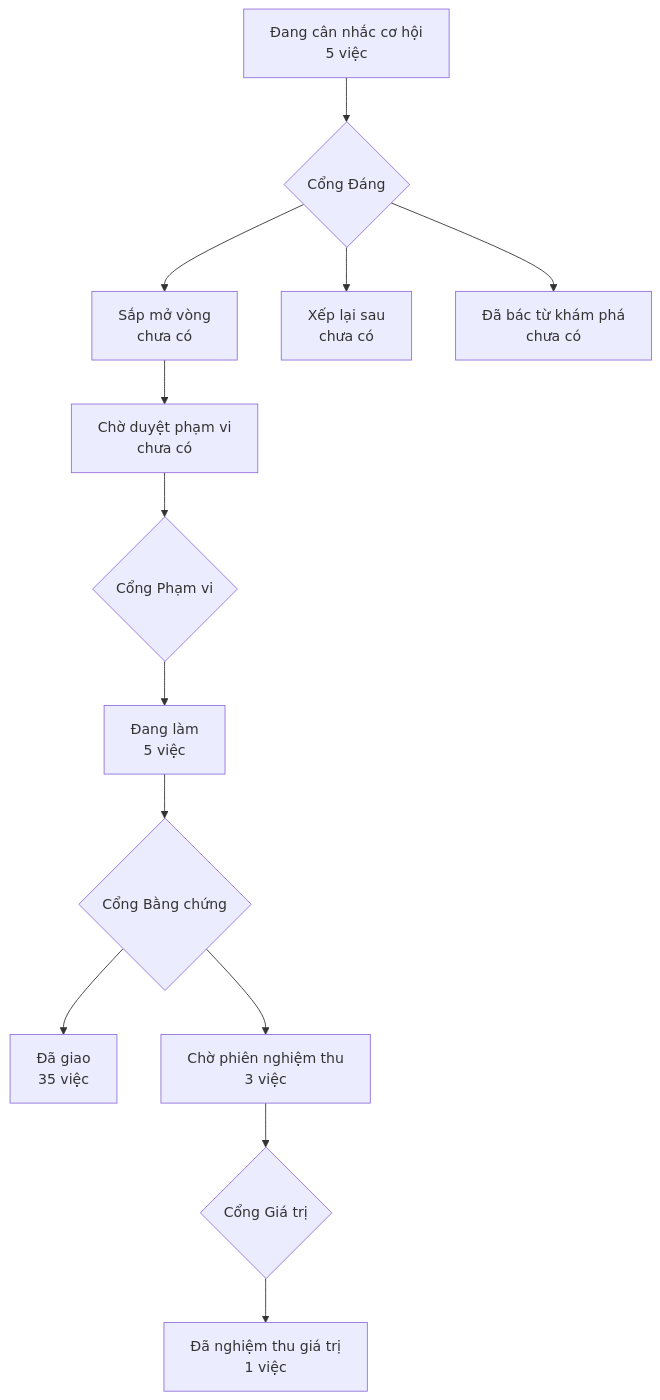
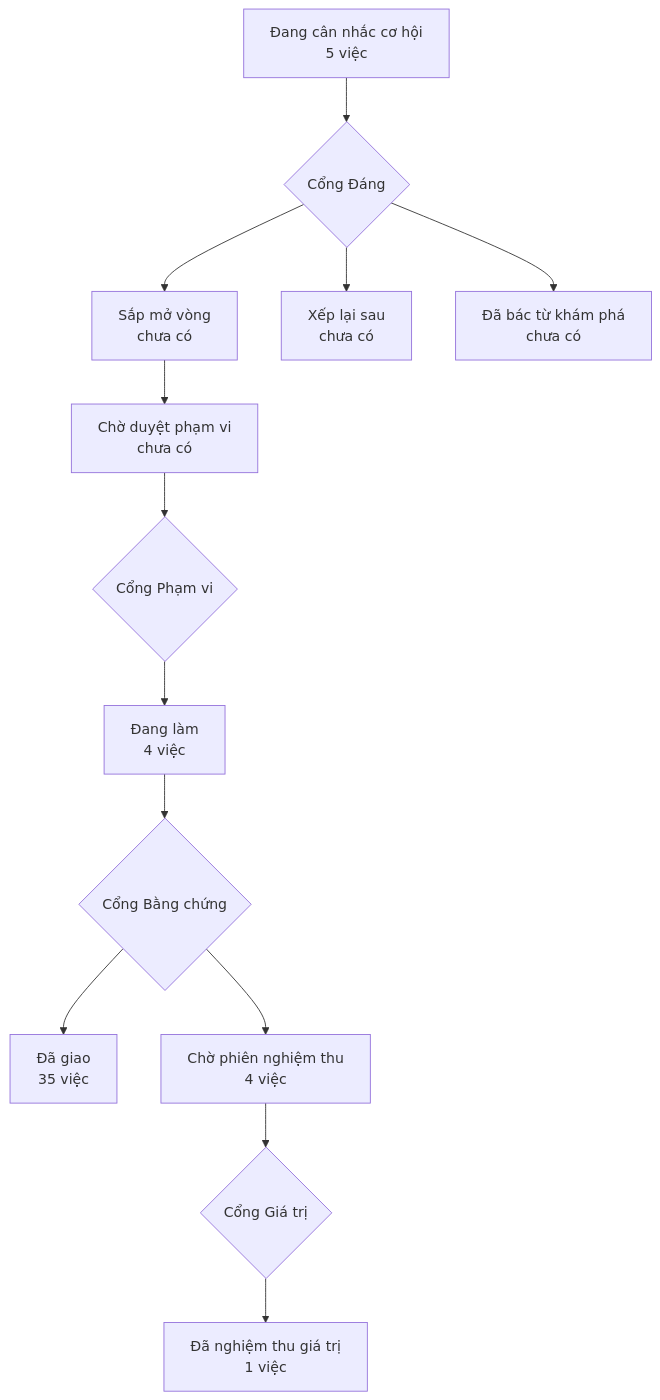
The diagram in PRODUCT-MAP.md (phanlemanh/crm-onehub), drawn with Mermaid before and after one commit. The commit also changed 3 other files, not shown here.

````diff
--- a/PRODUCT-MAP.md
+++ b/PRODUCT-MAP.md
@@ -6,12 +6,12 @@
 ```mermaid
 flowchart TD
   A["Đang cân nhắc cơ hội<br/>5 việc"] --> GD{"Cổng Đáng"}
   GD --> B["Sắp mở vòng<br/>chưa có"]
   GD --> XL["Xếp lại sau<br/>chưa có"]
   GD --> DB["Đã bác từ khám phá<br/>chưa có"]
   B --> CD["Chờ duyệt phạm vi<br/>chưa có"] --> GP{"Cổng Phạm vi"}
-  GP --> DL["Đang làm<br/>5 việc"] --> GB{"Cổng Bằng chứng"}
+  GP --> DL["Đang làm<br/>4 việc"] --> GB{"Cổng Bằng chứng"}
   GB --> DG["Đã giao<br/>35 việc"]
-  GB --> CN["Chờ phiên nghiệm thu<br/>3 việc"] --> GG{"Cổng Giá trị"}
+  GB --> CN["Chờ phiên nghiệm thu<br/>4 việc"] --> GG{"Cổng Giá trị"}
   GG --> NT["Đã nghiệm thu giá trị<br/>1 việc"]
 ```
````
